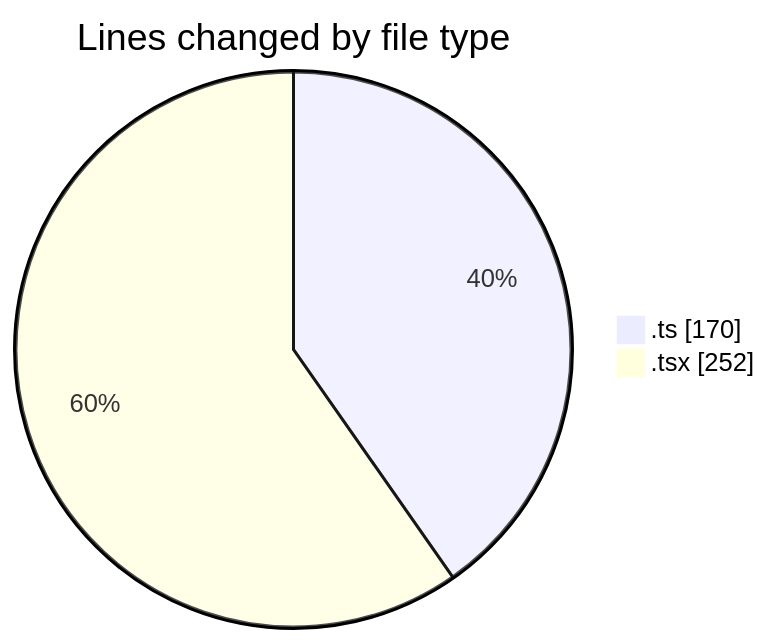
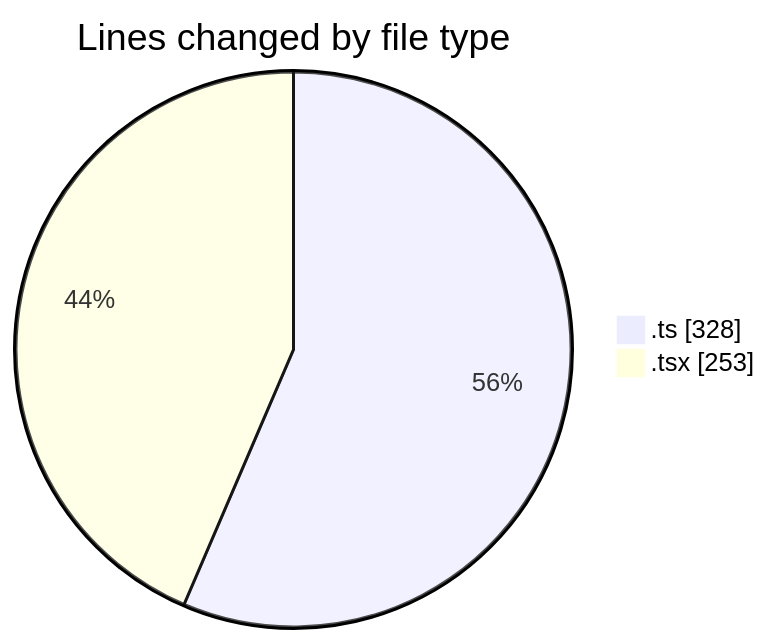
Before and after one commit to momahboobian/code-tracking: the first of 2 diagrams in 2025-09-02/cda/README.md, drawn with Mermaid. The commit also changed other lines of this file and 1 other file, not shown here.

````diff
--- a/2025-09-02/cda/README.md
+++ b/2025-09-02/cda/README.md
@@ -22,6 +23,6 @@
 ```mermaid
 pie showData
 title Lines changed by file type
-".ts" : 170
-".tsx" : 252
+".ts" : 328
+".tsx" : 253
 ```
````
